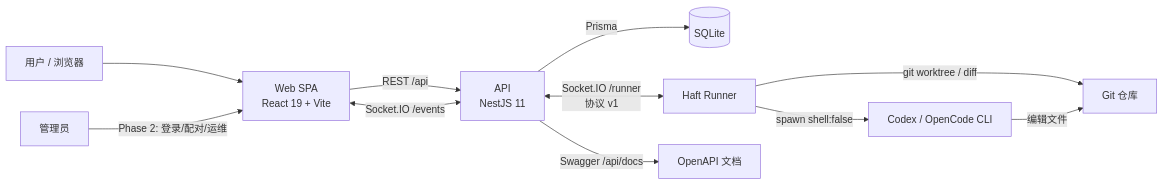
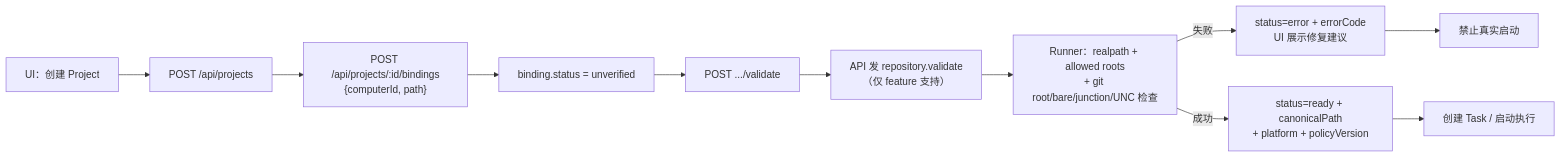
Before and after one commit to cloudyBird233/Haft: the fourth of 8 diagrams in docs/phase-2-technical-roadmap.md, drawn with Mermaid. The commit also changed other lines of this file, not shown here.

Commit message:
docs: finalize phase 2 architecture baseline and review resolution

````diff
--- a/docs/phase-2-technical-roadmap.md
+++ b/docs/phase-2-technical-roadmap.md
@@ -683,13 +892,13 @@
 ```mermaid
 flowchart LR
-  U["用户 / 浏览器"] --> W["Web SPA<br/>React 19 + Vite"]
-  W -->|"REST /api"| A["API<br/>NestJS 11"]
-  W <-->|"Socket.IO /events"| A
-  A -->|"Prisma"| D[("SQLite")]
-  A <-->|"Socket.IO /runner<br/>协议 v1"| R["Haft Runner"]
-  R -->|"spawn shell:false"| C["Codex / OpenCode CLI"]
-  R -->|"git worktree / diff"| G["Git 仓库"]
-  C -->|"编辑文件"| G
-  A -->|"Swagger /api/docs"| S["OpenAPI 文档"]
-  X["管理员"] -->|"Phase 2: 登录/配对/运维"| W
+  A["UI：创建 Project"] --> B["POST /api/projects"]
+  B --> C["POST /api/projects/:id/bindings<br/>{computerId, path}"]
+  C --> D["binding.status = unverified"]
+  D --> E["POST .../validate"]
+  E --> F["API 发 repository.validate<br/>（仅 feature 支持）"]
+  F --> G["Runner：realpath + allowed roots<br/>+ git root/bare/junction/UNC 检查"]
+  G -->|"失败"| H["status=error + errorCode<br/>UI 展示修复建议"]
+  G -->|"成功"| I["status=ready + canonicalPath<br/>+ platform + policyVersion"]
+  I --> J["创建 Task / 启动执行"]
+  H --> K["禁止真实启动"]
 ```
````
